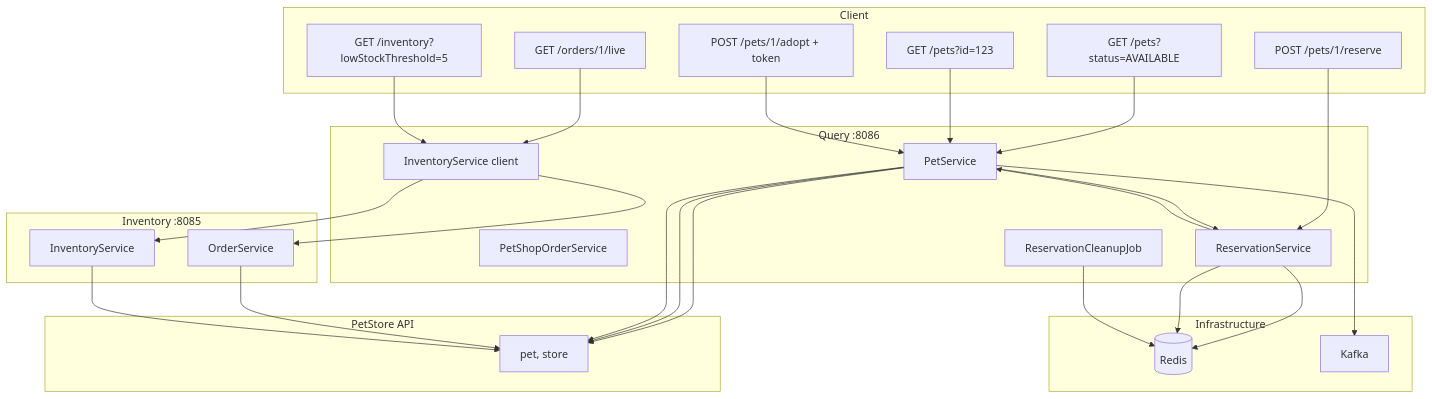
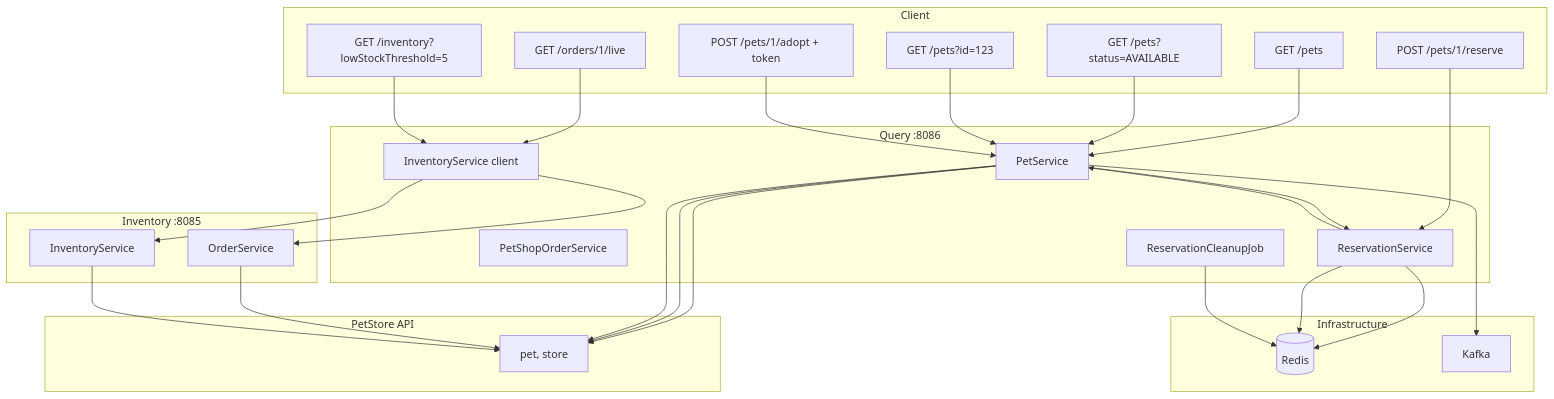
The second of 3 diagrams in docs/ENDPOINTS_PROPOSAL_OBSERVABILITY.md (hdmsantander/microservices-ops-demo), drawn with Mermaid before and after one commit. The commit also changed other lines of this file and 1 other file, not shown here.

First line of the commit message:
docs: Add list-all-pets to GET /v1/pets and Testing Scope section

````diff
--- a/docs/ENDPOINTS_PROPOSAL_OBSERVABILITY.md
+++ b/docs/ENDPOINTS_PROPOSAL_OBSERVABILITY.md
@@ -428,58 +434,60 @@
 ```mermaid
 flowchart TB
     subgraph Client["Client"]
-        A1[GET /pets?status=AVAILABLE]
+        A1[GET /pets]
+        A1a[GET /pets?status=AVAILABLE]
         A1b[GET /pets?id=123]
         A2[POST /pets/1/reserve]
         A3[POST /pets/1/adopt + token]
         A4[GET /orders/1/live]
         A5[GET /inventory?lowStockThreshold=5]
     end
 
     subgraph Query["Query :8086"]
         QP[PetService]
         QO[PetShopOrderService]
         QI[InventoryService client]
         QR[ReservationService]
         QC[ReservationCleanupJob]
     end
 
     subgraph Inventory["Inventory :8085"]
         IO[OrderService]
         II[InventoryService]
     end
 
     subgraph Infra["Infrastructure"]
         Redis[(Redis)]
         Kafka[Kafka]
     end
 
     subgraph PetStore["PetStore API"]
         PS[pet, store]
     end
 
     A1 --> QP
+    A1a --> QP
     A1b --> QP
     QP --> PS
 
     A2 --> QR
     QR --> Redis
     QR --> QP
     QP --> PS
 
     A3 --> QP
     QP --> QR
     QR --> Redis
     QP --> Kafka
     QP --> PS
 
     QC --> Redis
 
     A4 --> QI
     QI --> IO
     IO --> PS
 
     A5 --> QI
     QI --> II
     II --> PS
 ```
````
